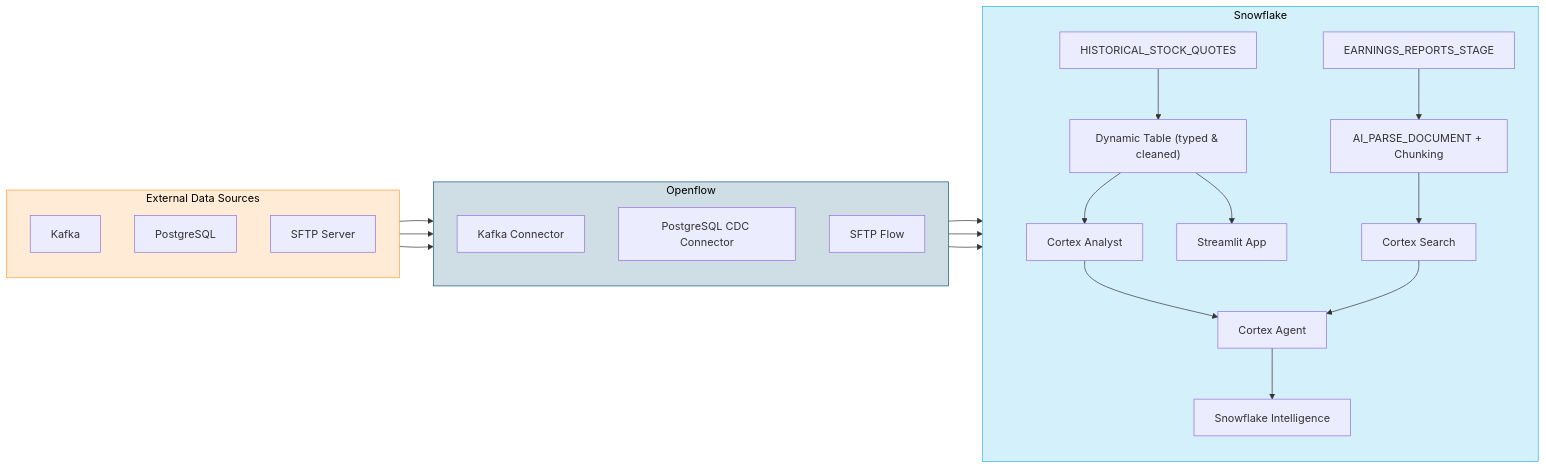
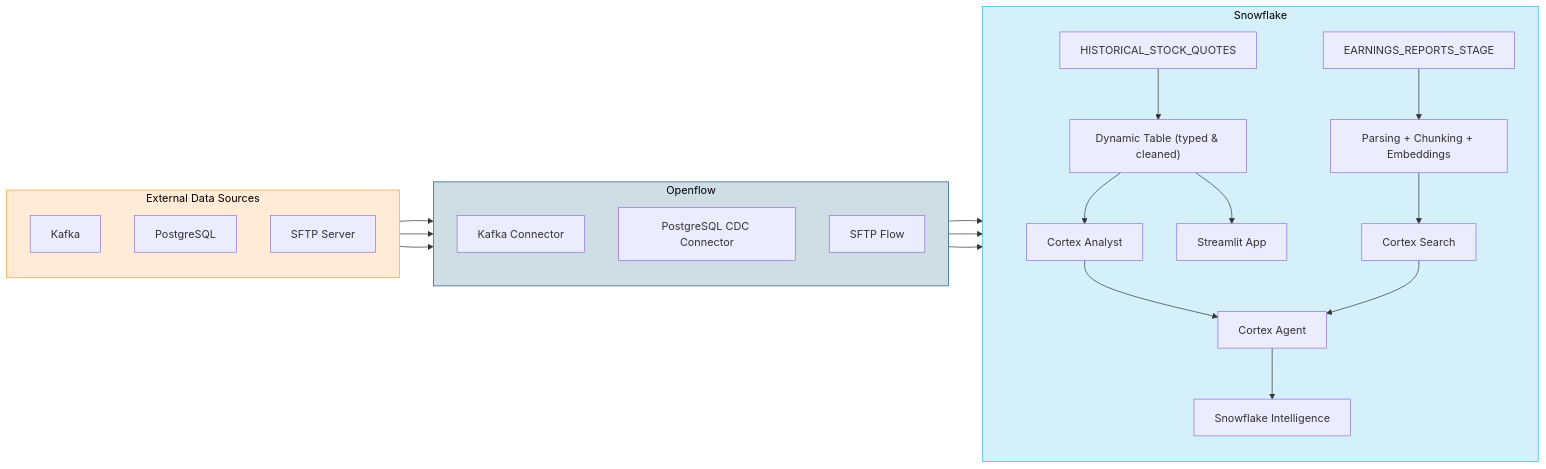
The diagram in nasdaq-demo/README.md (jrkinley/openflow-demo), drawn with Mermaid before and after one commit. The commit also changed other lines of this file and 10 other files, not shown here.

````diff
--- a/nasdaq-demo/README.md
+++ b/nasdaq-demo/README.md
@@ -9,53 +9,53 @@
 ```mermaid
 flowchart LR
     subgraph sources["External Data Sources"]
         direction TB
         kafka["Kafka"]
         cdc["PostgreSQL"]
         sftp["SFTP Server"]
     end
 
     subgraph openflow["Openflow"]
         direction TB
         kconn["Kafka Connector"]
         cdcconn["PostgreSQL CDC Connector"]
         sftppipe["SFTP Flow"]
     end
 
     subgraph snowflake["Snowflake"]
         direction TB
         table["HISTORICAL_STOCK_QUOTES"]
         stage["EARNINGS_REPORTS_STAGE"]
         dt["Dynamic Table (typed & cleaned)"]
-        parse["AI_PARSE_DOCUMENT + Chunking"]
+        parse["Parsing + Chunking + Embeddings"]
         analyst["Cortex Analyst"]
         search["Cortex Search"]
         agent["Cortex Agent"]
         intel["Snowflake Intelligence"]
         streamlit["Streamlit App"]
     end
 
     kafka --> kconn
     cdc --> cdcconn
     sftp --> sftppipe
 
     kconn --> table
     cdcconn --> table
     sftppipe --> stage
 
     table --> dt
     stage --> parse
 
     dt --> analyst
     parse --> search
 
     analyst --> agent
     search --> agent
     agent --> intel
 
     dt --> streamlit
 
     style sources fill:#FFEBD6,stroke:#FF9F36,color:#000000
     style openflow fill:#CFDDE5,stroke:#11567F,color:#000000
     style snowflake fill:#D4F0FA,stroke:#29B5E8,color:#000000
 ```
````
